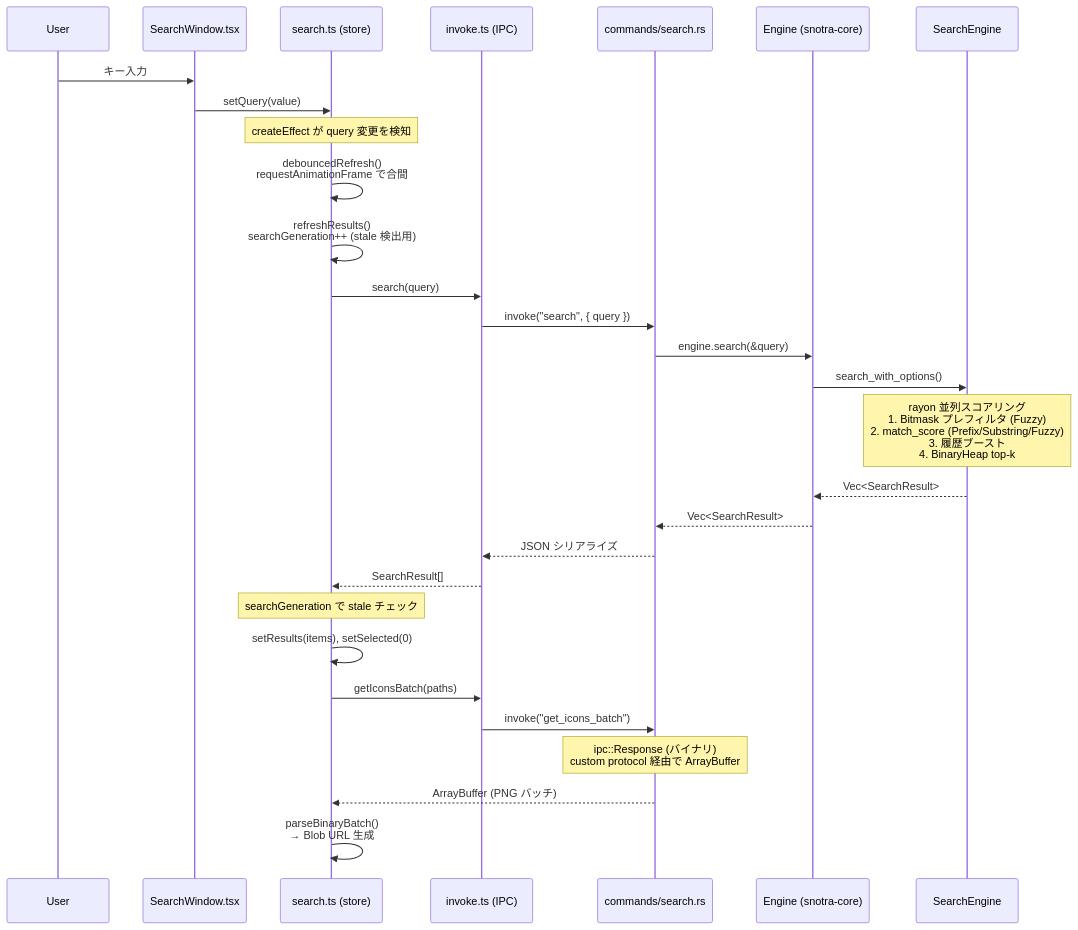
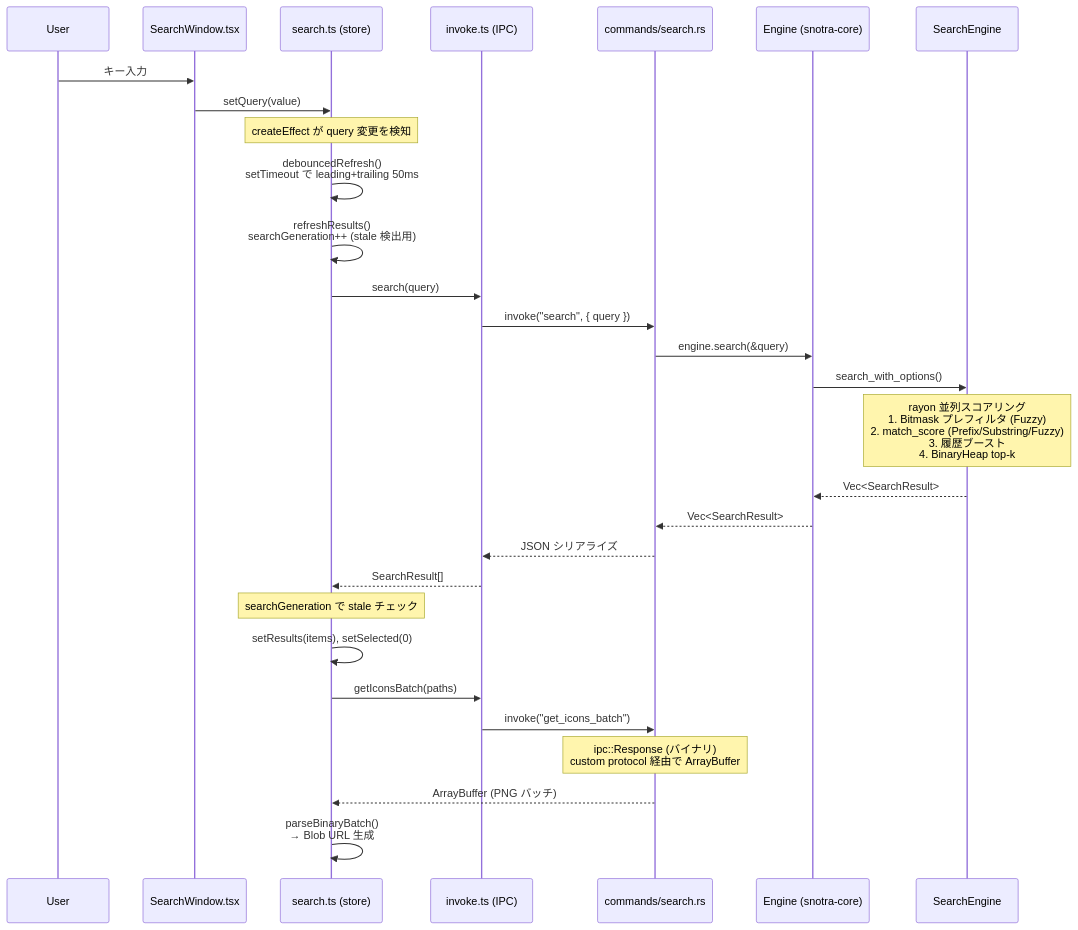
The diagram in docs/architecture.md (finelagusaz/Snotra), drawn with Mermaid before and after one commit. The commit also changed other lines of this file, not shown here.

First line of the commit message:
docs(architecture): docs/ の実装追従漏れ 7 件を as-built 監査で是正 (#416)

````diff
--- a/docs/architecture.md
+++ b/docs/architecture.md
@@ -171,42 +171,42 @@
 ```mermaid
 sequenceDiagram
     participant User
     participant SW as SearchWindow.tsx
     participant SS as search.ts (store)
     participant API as invoke.ts (IPC)
     participant Cmd as commands/search.rs
     participant Eng as Engine (snotra-core)
     participant SE as SearchEngine
 
     User->>SW: キー入力
     SW->>SS: setQuery(value)
 
     Note over SS: createEffect が query 変更を検知
 
-    SS->>SS: debouncedRefresh()<br/>requestAnimationFrame で合間
+    SS->>SS: debouncedRefresh()<br/>setTimeout で leading+trailing 50ms
 
     SS->>SS: refreshResults()<br/>searchGeneration++ (stale 検出用)
     SS->>API: search(query)
     API->>Cmd: invoke("search", { query })
     Cmd->>Eng: engine.search(&query)
     Eng->>SE: search_with_options()
 
     Note over SE: rayon 並列スコアリング<br/>1. Bitmask プレフィルタ (Fuzzy)<br/>2. match_score (Prefix/Substring/Fuzzy)<br/>3. 履歴ブースト<br/>4. BinaryHeap top-k
 
     SE-->>Eng: Vec<SearchResult>
     Eng-->>Cmd: Vec<SearchResult>
     Cmd-->>API: JSON シリアライズ
     API-->>SS: SearchResult[]
 
     Note over SS: searchGeneration で stale チェック
 
     SS->>SS: setResults(items), setSelected(0)
 
     SS->>API: getIconsBatch(paths)
     API->>Cmd: invoke("get_icons_batch")
 
     Note over Cmd: ipc::Response (バイナリ)<br/>custom protocol 経由で ArrayBuffer
 
     Cmd-->>SS: ArrayBuffer (PNG バッチ)
     SS->>SS: parseBinaryBatch()<br/>→ Blob URL 生成
 ```
````
